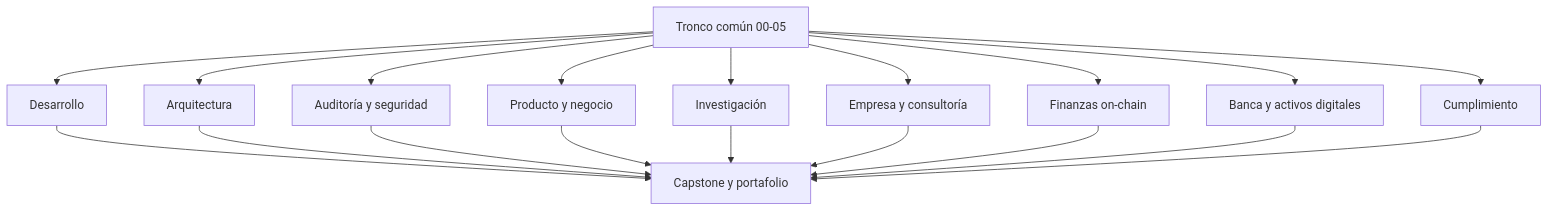
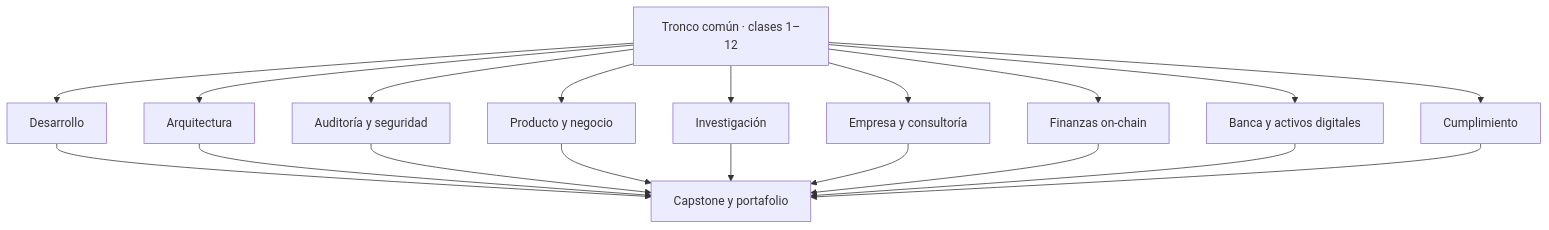
The diagram in learning-paths/README.md (vladimiracunadev-create/blockchain-learning-path), drawn with Mermaid before and after one commit. The commit also changed other lines of this file and 145 other files, not shown here.

````diff
--- a/learning-paths/README.md
+++ b/learning-paths/README.md
@@ -5,21 +5,21 @@
 ```mermaid
 flowchart TD
-  T["Tronco común 00-05"] --> D["Desarrollo"]
+  T["Tronco común · clases 1–12"] --> D["Desarrollo"]
   T --> A["Arquitectura"]
   T --> S["Auditoría y seguridad"]
   T --> P["Producto y negocio"]
   T --> I["Investigación"]
   T --> E["Empresa y consultoría"]
   T --> F["Finanzas on-chain"]
   T --> K["Banca y activos digitales"]
   T --> R["Cumplimiento"]
   D --> C["Capstone y portafolio"]
   A --> C
   S --> C
   P --> C
   I --> C
   E --> C
   F --> C
   K --> C
   R --> C
 ```
````
